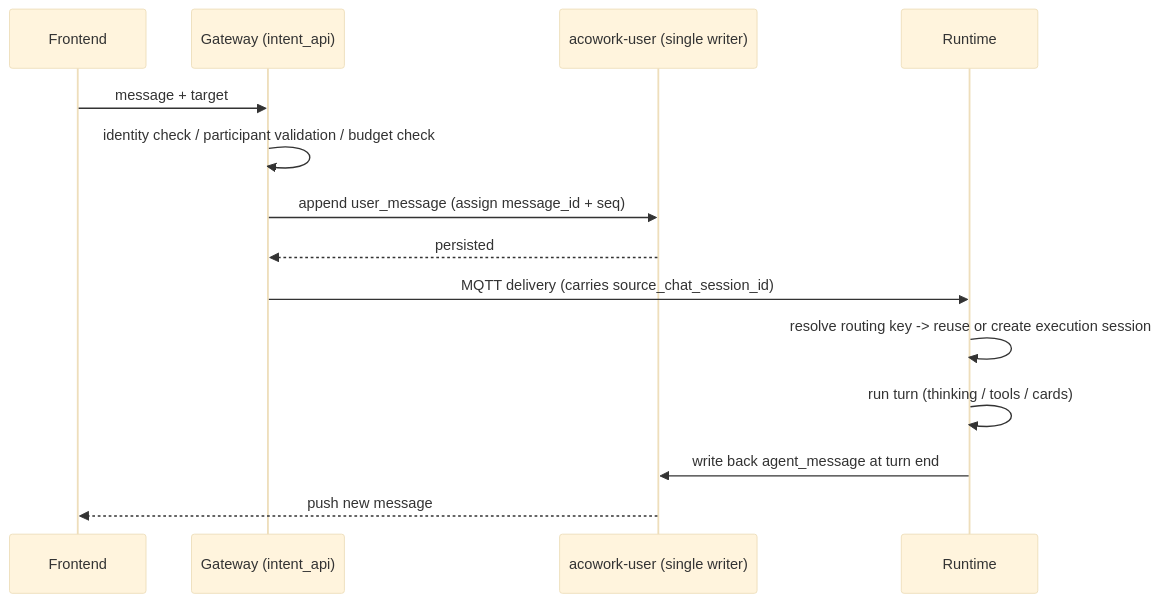
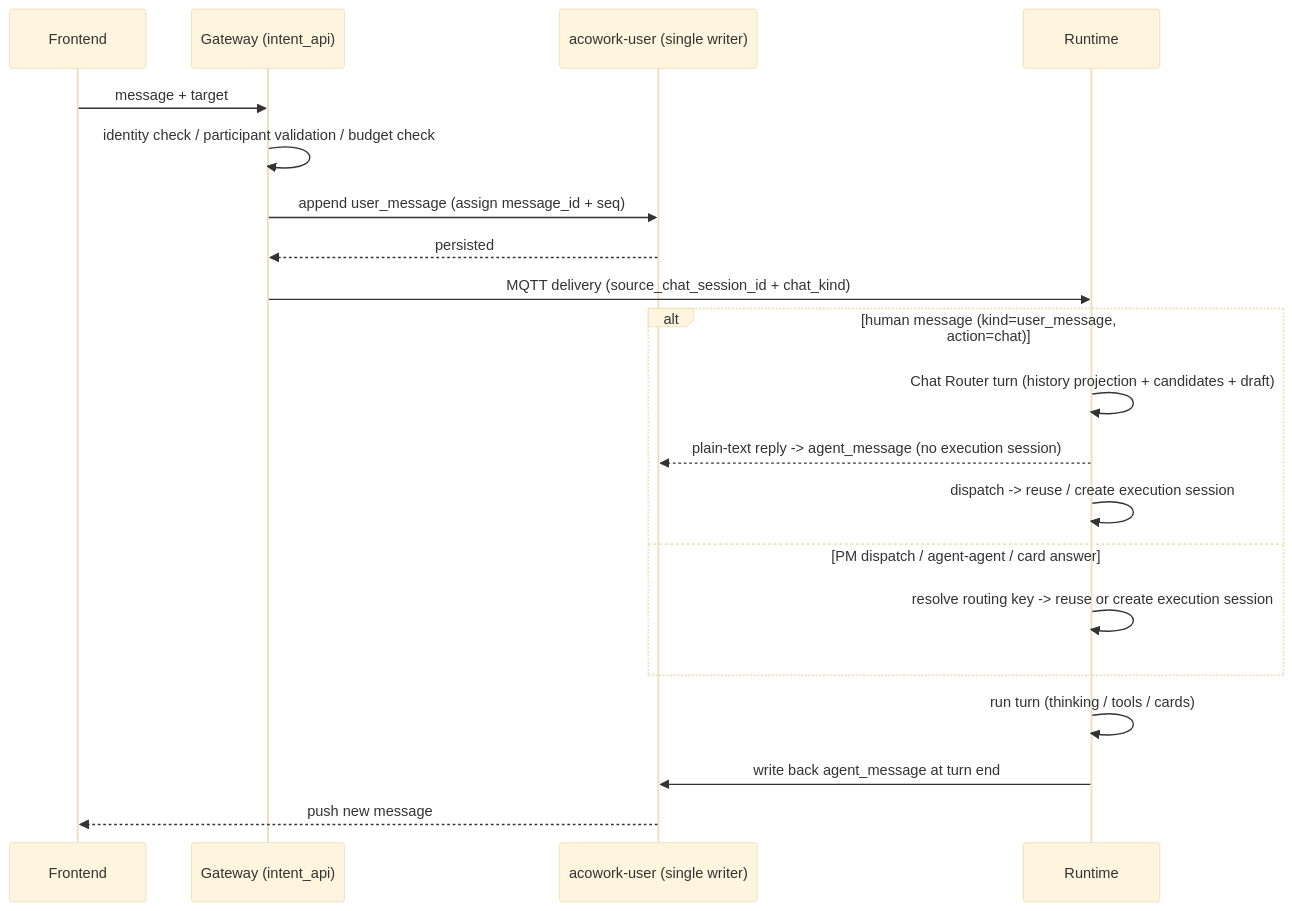
Before and after one commit to acowork/acowork: the fifth of 10 diagrams in docs/design/en/27-intent-messaging-and-group-chat.md, drawn with Mermaid (base theme). The commit also changed other lines of this file and 3 other files, not shown here.

Commit message:
docs(design): add chat session context orchestration design and freeze the router contract in design 27 (ADR-099)

````diff
--- a/docs/design/en/27-intent-messaging-and-group-chat.md
+++ b/docs/design/en/27-intent-messaging-and-group-chat.md
@@ -445,16 +478,22 @@
 ```mermaid
 sequenceDiagram
     participant FE as Frontend
     participant GW as Gateway (intent_api)
     participant CU as acowork-user (single writer)
     participant RT as Runtime
     FE->>GW: message + target
     GW->>GW: identity check / participant validation / budget check
     GW->>CU: append user_message (assign message_id + seq)
     CU-->>GW: persisted
-    GW->>RT: MQTT delivery (carries source_chat_session_id)
-    RT->>RT: resolve routing key -> reuse or create execution session
+    GW->>RT: MQTT delivery (source_chat_session_id + chat_kind)
+    alt human message (kind=user_message, action=chat)
+        RT->>RT: Chat Router turn (history projection + candidates + draft)
+        RT-->>CU: plain-text reply -> agent_message (no execution session)
+        RT->>RT: dispatch -> reuse / create execution session
+    else PM dispatch / agent-agent / card answer
+        RT->>RT: resolve routing key -> reuse or create execution session
+    end
     RT->>RT: run turn (thinking / tools / cards)
     RT->>CU: write back agent_message at turn end
     CU-->>FE: push new message
 ```
````
